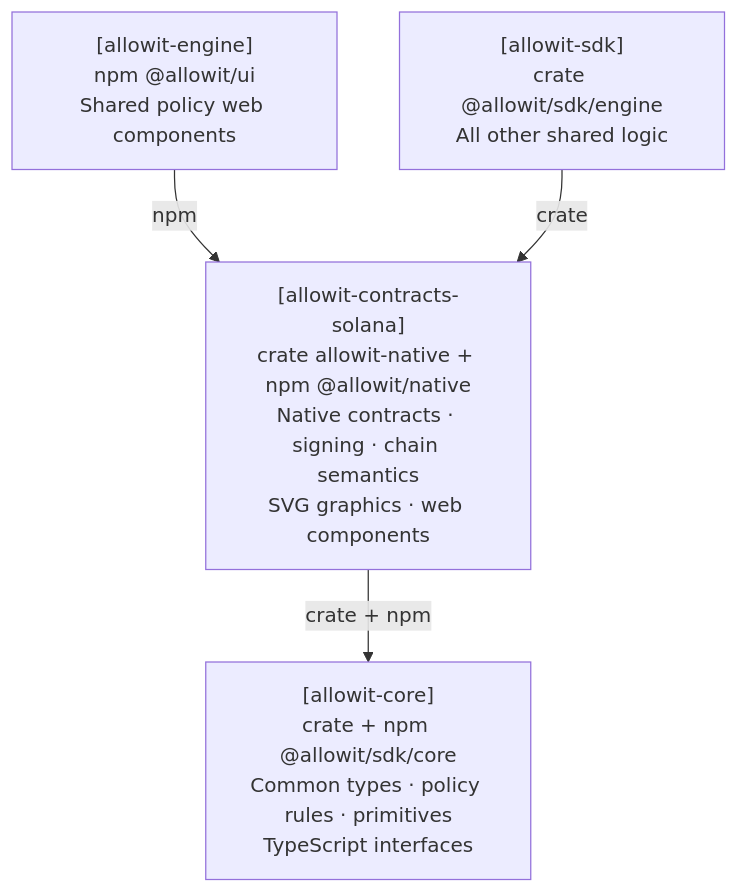
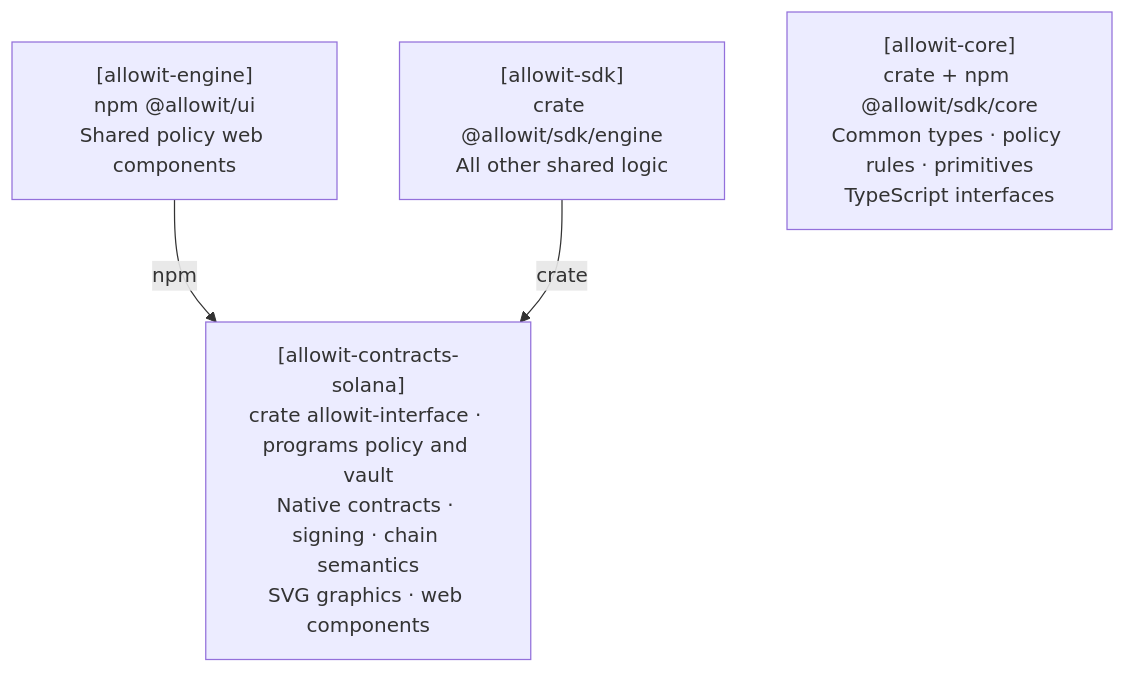
Before and after one commit to allowit-hq/allowit-contracts-solana: the second of 2 diagrams in README.md, drawn with Mermaid. The commit also changed other lines of this file and 42 other files, not shown here.

````diff
--- a/README.md
+++ b/README.md
@@ -207,11 +204,10 @@
 ```mermaid
 flowchart TB
     UI["[allowit-engine]<br/>npm @allowit/ui<br/>Shared policy web components"]
     Engine["[allowit-sdk]<br/>crate @allowit/sdk/engine<br/>All other shared logic"]
-    Vendor["[allowit-contracts-solana]<br/>crate allowit-native + npm @allowit/native<br/>Native contracts · signing · chain semantics<br/>SVG graphics · web components"]
+    Vendor["[allowit-contracts-solana]<br/>crate allowit-interface · programs policy and vault<br/>Native contracts · signing · chain semantics<br/>SVG graphics · web components"]
     Core["[allowit-core]<br/>crate + npm @allowit/sdk/core<br/>Common types · policy rules · primitives<br/>TypeScript interfaces"]
 
     UI -->|npm| Vendor
     Engine -->|crate| Vendor
-    Vendor -->|crate + npm| Core
 ```
````
